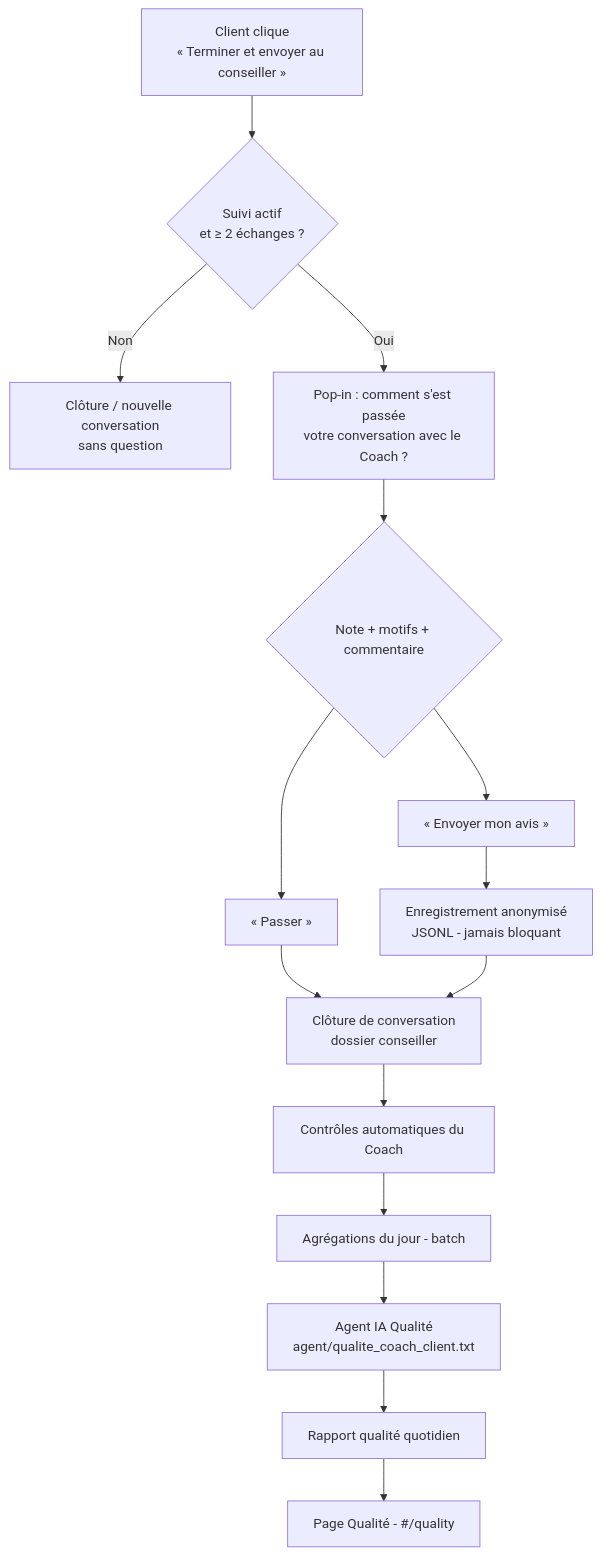
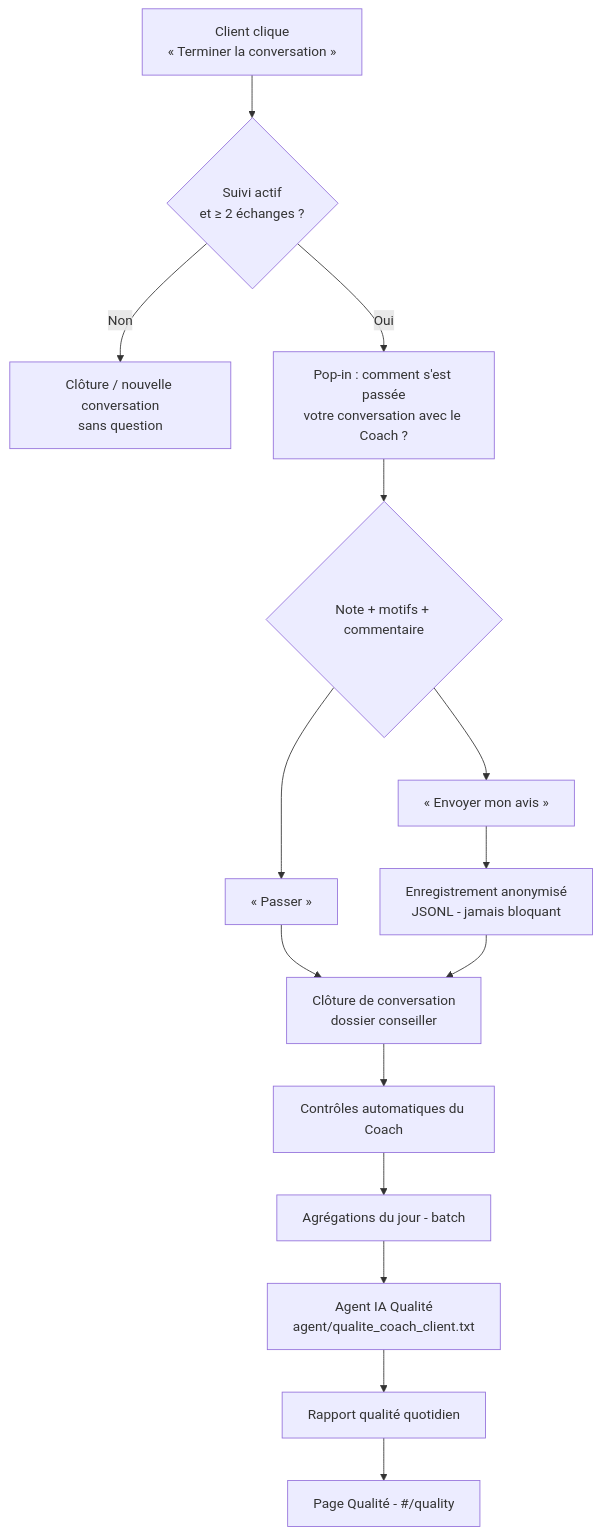
The seventh of 8 diagrams in docs/doc-fonctionnel.md (gamer2000fr-coder/financial-coach), drawn with Mermaid before and after one commit. The commit also changed other lines of this file and 3 other files, not shown here.

````diff
--- a/docs/doc-fonctionnel.md
+++ b/docs/doc-fonctionnel.md
@@ -223,17 +223,17 @@
 ```mermaid
 flowchart TD
-    A[Client clique<br/>« Terminer et envoyer au conseiller »] --> B{Suivi actif<br/>et ≥ 2 échanges ?}
+    A[Client clique<br/>« Terminer la conversation »] --> B{Suivi actif<br/>et ≥ 2 échanges ?}
     B -- Non --> Z[Clôture / nouvelle conversation<br/>sans question]
     B -- Oui --> C[Pop-in : comment s'est passée<br/>votre conversation avec le Coach ?]
     C --> D{Note + motifs + commentaire}
     D --> E[« Envoyer mon avis »]
     D --> F[« Passer »]
     E --> G[Enregistrement anonymisé<br/>JSONL - jamais bloquant]
     F --> H[Clôture]
     G --> H[Clôture de conversation<br/>dossier conseiller]
     H --> I[Contrôles automatiques du Coach]
     I --> J[Agrégations du jour - batch]
     J --> K[Agent IA Qualité<br/>agent/qualite_coach_client.txt]
     K --> L[Rapport qualité quotidien]
     L --> M[Page Qualité - #/quality]
 ```
````
